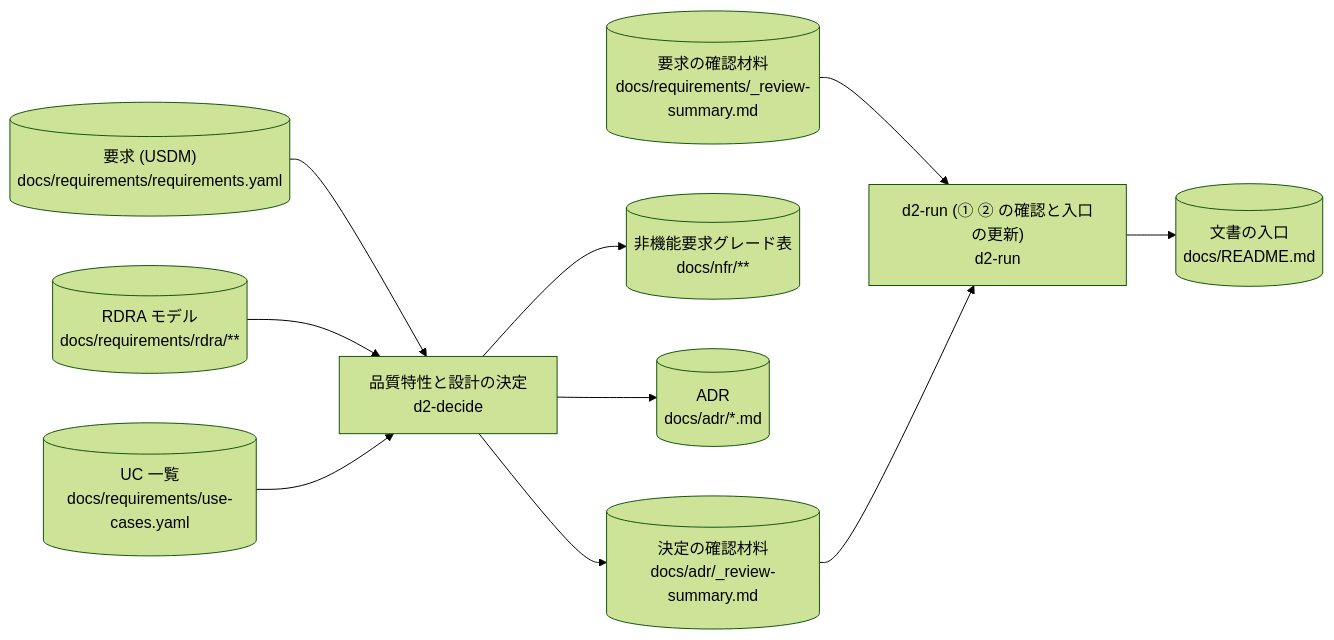
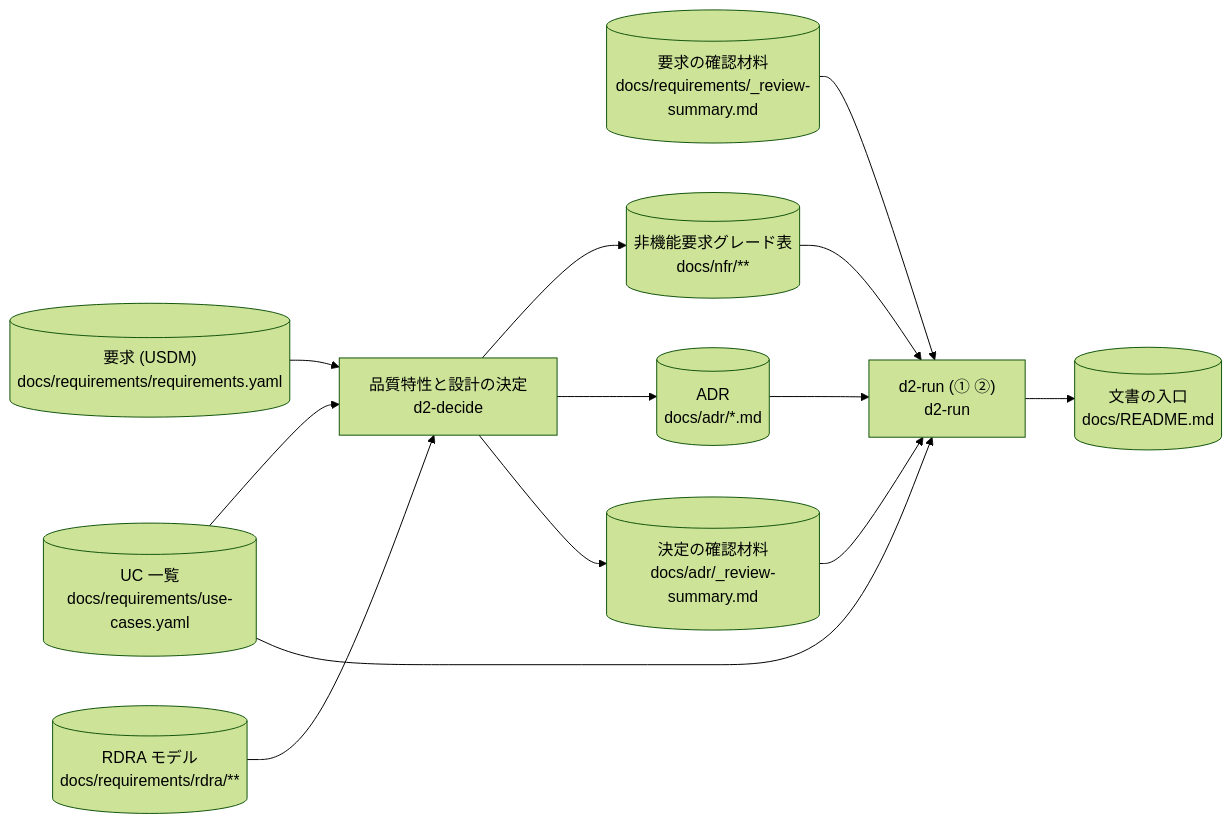
One commit to suwa-sh/suwa-sh-claude-plugins changed the third of 12 diagrams in plugins/distillery2/skills/d2-common/references/dataflow.md. Above: the diagram before and after it, drawn with Mermaid (forest theme). The commit also changed other lines of this file and 5 other files, not shown here.

````diff
--- a/plugins/distillery2/skills/d2-common/references/dataflow.md
+++ b/plugins/distillery2/skills/d2-common/references/dataflow.md
@@ -152,22 +249,25 @@
 ```mermaid
 flowchart LR
   s_req_usdm[("要求 (USDM)<br/>docs/requirements/requirements.yaml")]
   s_req_rdra[("RDRA モデル<br/>docs/requirements/rdra/**")]
   s_use_cases[("UC 一覧<br/>docs/requirements/use-cases.yaml")]
   s_req_review[("要求の確認材料<br/>docs/requirements/_review-summary.md")]
   s_nfr[("非機能要求グレード表<br/>docs/nfr/**")]
   s_adr[("ADR<br/>docs/adr/*.md")]
   s_adr_review[("決定の確認材料<br/>docs/adr/_review-summary.md")]
   s_docs_readme[("文書の入口<br/>docs/README.md")]
   p_decide["品質特性と設計の決定<br/>d2-decide"]
-  p_run_review_early["d2-run (① ② の確認と入口の更新)<br/>d2-run"]
+  p_run_early["d2-run (① ②)<br/>d2-run"]
   s_req_usdm --> p_decide
   s_req_rdra --> p_decide
   s_use_cases --> p_decide
   p_decide --> s_nfr
   p_decide --> s_adr
   p_decide --> s_adr_review
-  s_req_review --> p_run_review_early
-  s_adr_review --> p_run_review_early
-  p_run_review_early --> s_docs_readme
+  s_req_review --> p_run_early
+  s_adr_review --> p_run_early
+  s_use_cases --> p_run_early
+  s_adr --> p_run_early
+  s_nfr --> p_run_early
+  p_run_early --> s_docs_readme
 ```
````
